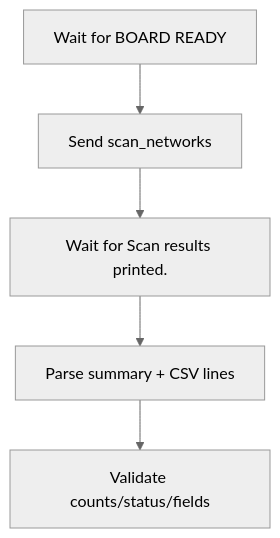
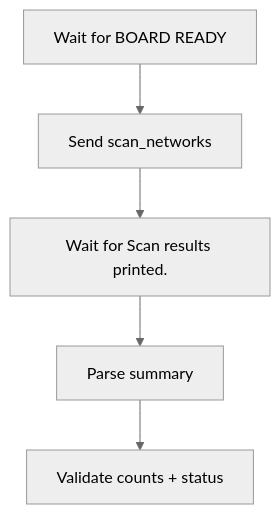
Before and after one commit to C5Lab/projectZero: the sixth of 11 diagrams in ESP32C5/tests/README.md, drawn with Mermaid (neutral theme). The commit also changed other lines of this file and 2 other files, not shown here.

````diff
--- a/ESP32C5/tests/README.md
+++ b/ESP32C5/tests/README.md
@@ -73,7 +100,7 @@
 ```mermaid
 flowchart TD
     A[Wait for BOARD READY] --> B[Send scan_networks]
     B --> C[Wait for Scan results printed.]
-    C --> D[Parse summary + CSV lines]
-    D --> E[Validate counts/status/fields]
+    C --> D[Parse summary]
+    D --> E[Validate counts + status]
 ```
````
